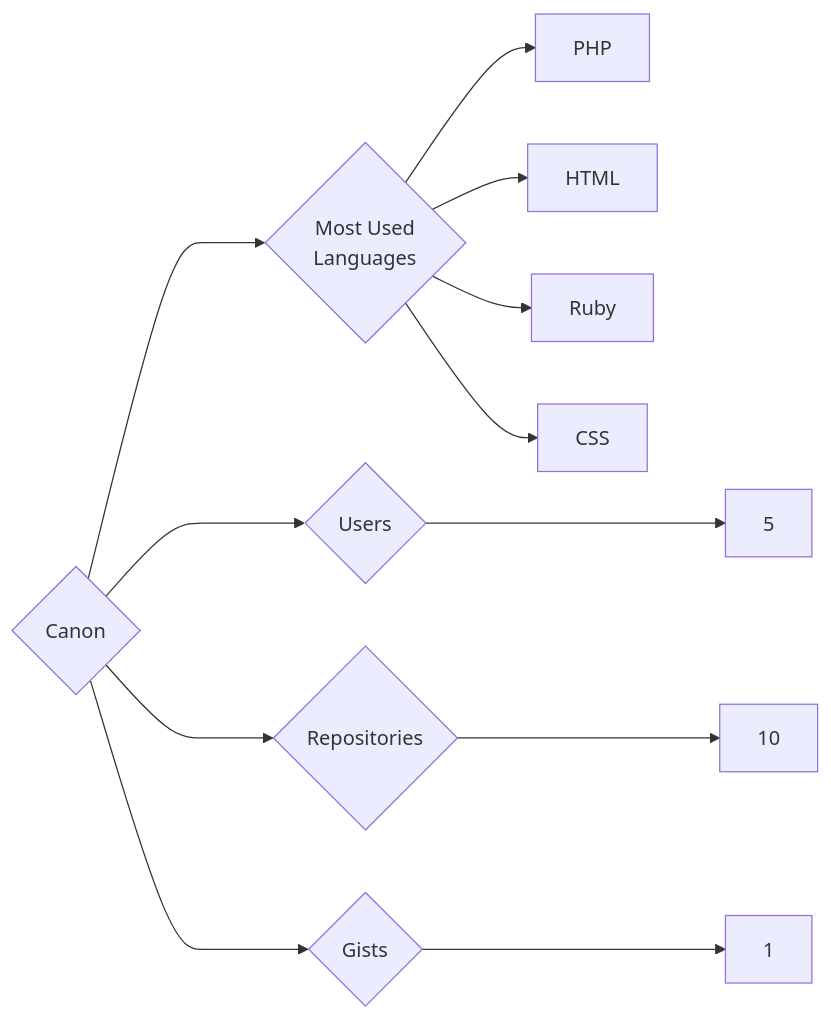
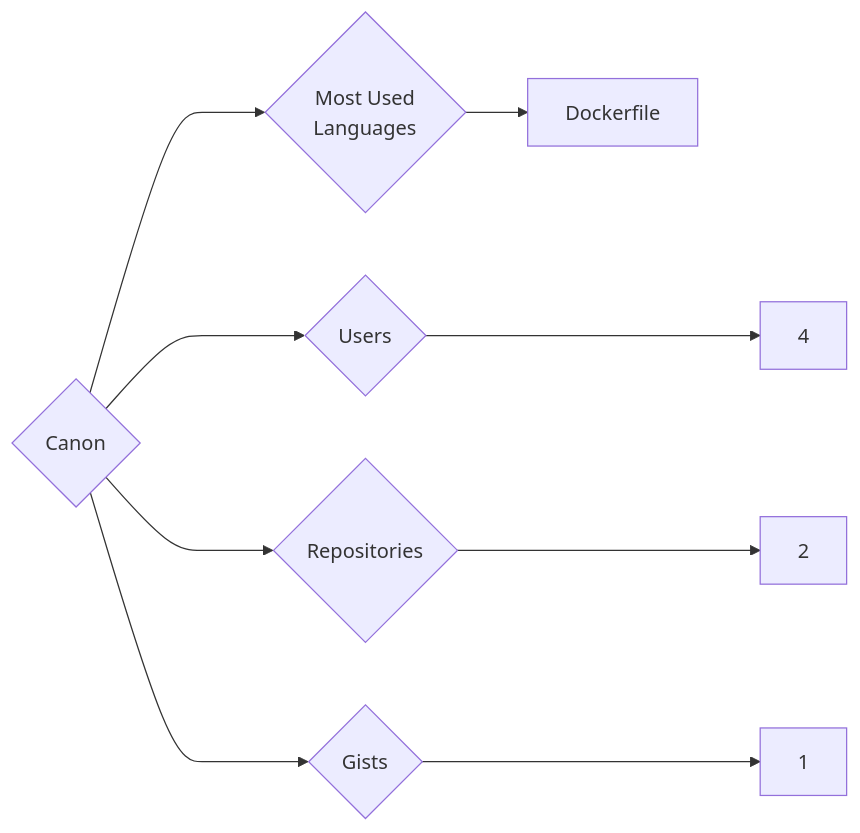
One commit to trickest/insiders changed the diagram in targets/Canon/README.md. Above: the diagram before and after it, drawn with Mermaid. The commit also changed 681 other files, not shown here.

````diff
--- a/targets/Canon/README.md
+++ b/targets/Canon/README.md
@@ -3,12 +3,9 @@
 ```mermaid
 graph LR
 COMPANY_NAME{Canon}
-COMPANY_NAME ---> U{Users} ---> UN[5]
-COMPANY_NAME ---> R{Repositories} ---> RN[10]
+COMPANY_NAME ---> U{Users} ---> UN[4]
+COMPANY_NAME ---> R{Repositories} ---> RN[2]
 COMPANY_NAME ---> G{Gists} ---> GN[1]
 COMPANY_NAME ---> ML{Most Used<br>Languages}
-ML --> PHP[PHP]
-ML --> HTML[HTML]
-ML --> Ruby[Ruby]
-ML --> CSS[CSS]
+ML --> Dockerfile[Dockerfile]
 ```
````
